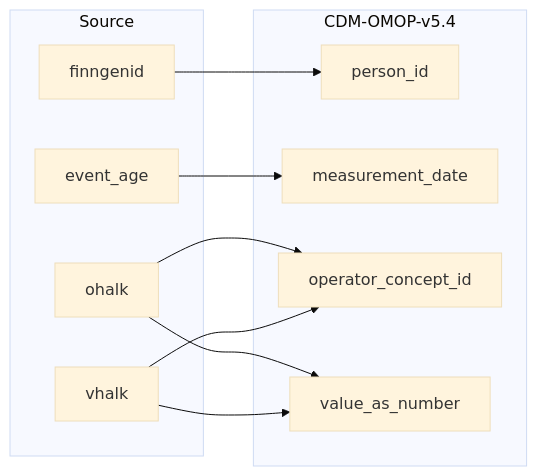
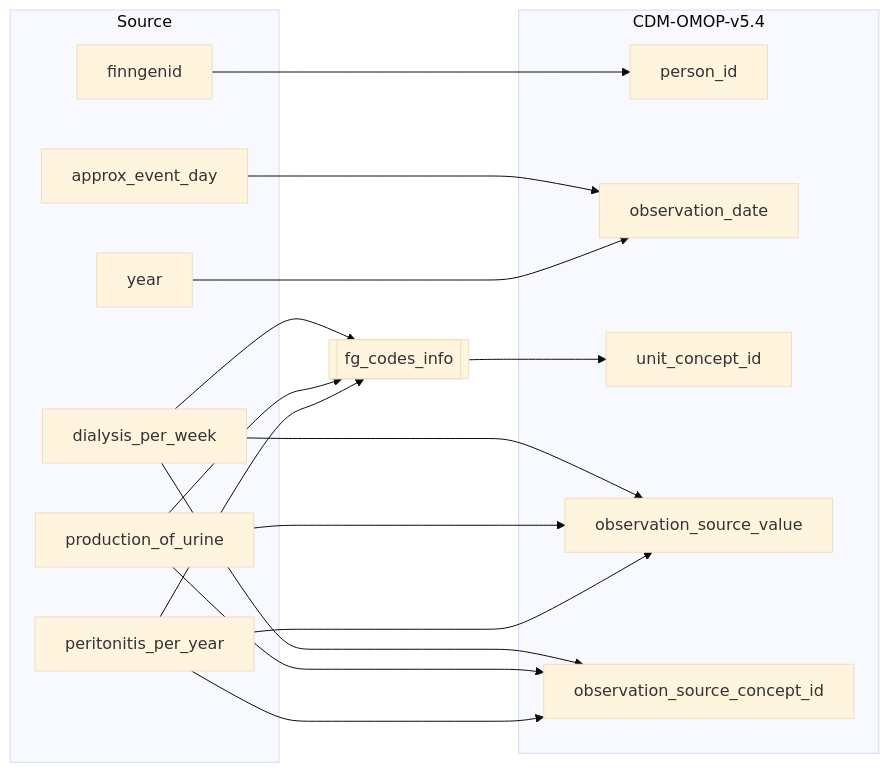
Before and after one commit to FINNGEN/ETL: the diagram in 2_etl_specifications/documentation/kidney_to_observation.md, drawn with Mermaid. The commit also changed other lines of this file and 6 other files, not shown here.

````diff
--- a/2_etl_specifications/documentation/kidney_to_observation.md
+++ b/2_etl_specifications/documentation/kidney_to_observation.md
@@ -10,27 +10,41 @@
 ```mermaid
 %%{init: {'theme': 'base' } }%%
 %%{init: {'theme': 'base' } }%%
 flowchart LR
     subgraph Source
         finngenid
-        event_age
-        ohalk
-        vhalk
+        approx_event_day
+        year
+        dialysis_per_week
+        production_of_urine
+        peritonitis_per_year
+
     end
+
+    fg_codes_info[[fg_codes_info]]
 
     subgraph CDM-OMOP-v5.4
         person_id
-        measurement_date
-        operator_concept_id
-        value_as_number
+        observation_date
+        unit_concept_id
+        observation_source_value
+        observation_source_concept_id
     end
 
 
     finngenid-->person_id
-    event_age-->measurement_date
-    ohalk-->operator_concept_id
-    ohalk-->value_as_number
-    vhalk-->operator_concept_id
-    vhalk-->value_as_number
+    approx_event_day-->observation_date
+    year-->observation_date
+    dialysis_per_week-->observation_source_value
+    dialysis_per_week-->observation_source_concept_id
+    production_of_urine-->observation_source_value
+    production_of_urine-->observation_source_concept_id
+    peritonitis_per_year-->observation_source_value
+    peritonitis_per_year-->observation_source_concept_id
+
+    dialysis_per_week-->fg_codes_info
+    production_of_urine-->fg_codes_info
+    peritonitis_per_year-->fg_codes_info
+    fg_codes_info-->unit_concept_id
 
 ```
````
